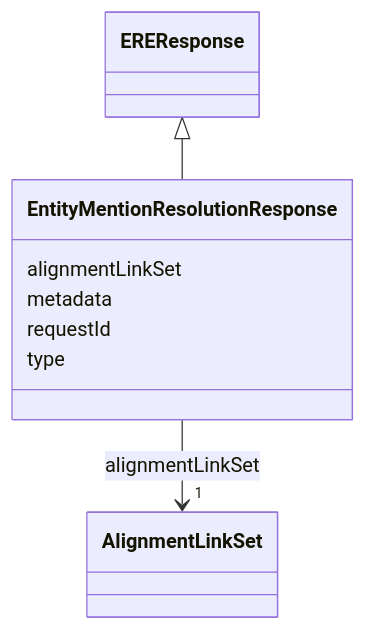
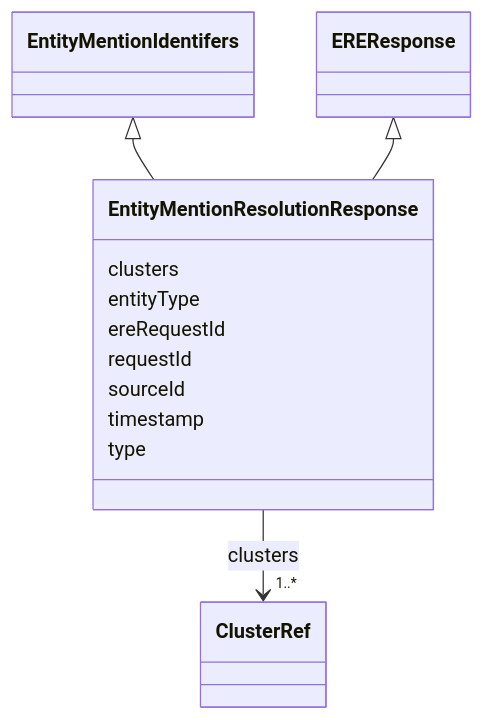
One commit to OP-TED/entity-resolution-spec changed the diagram in docs/schema/EntityMentionResolutionResponse.md. Above: the diagram before and after it, drawn with Mermaid. The commit also changed other lines of this file and 41 other files, not shown here.

Commit message:
feat: introduce the LinkML schema based on recent discussions

````diff
--- a/docs/schema/EntityMentionResolutionResponse.md
+++ b/docs/schema/EntityMentionResolutionResponse.md
@@ -24,26 +34,34 @@
 ```mermaid
  classDiagram
     class EntityMentionResolutionResponse
     click EntityMentionResolutionResponse href "../EntityMentionResolutionResponse/"
+      EntityMentionIdentifers <|-- EntityMentionResolutionResponse
+        click EntityMentionIdentifers href "../EntityMentionIdentifers/"
       EREResponse <|-- EntityMentionResolutionResponse
         click EREResponse href "../EREResponse/"
       
-      EntityMentionResolutionResponse : alignmentLinkSet
+      EntityMentionResolutionResponse : clusters
         
           
     
         
         
-        EntityMentionResolutionResponse --> "1" AlignmentLinkSet : alignmentLinkSet
-        click AlignmentLinkSet href "../AlignmentLinkSet/"
+        EntityMentionResolutionResponse --> "1..*" ClusterRef : clusters
+        click ClusterRef href "../ClusterRef/"
     
 
         
-      EntityMentionResolutionResponse : metadata
+      EntityMentionResolutionResponse : entityType
+        
+      EntityMentionResolutionResponse : ereRequestId
         
       EntityMentionResolutionResponse : requestId
+        
+      EntityMentionResolutionResponse : sourceId
+        
+      EntityMentionResolutionResponse : timestamp
         
       EntityMentionResolutionResponse : type
         
       
 ```
````
